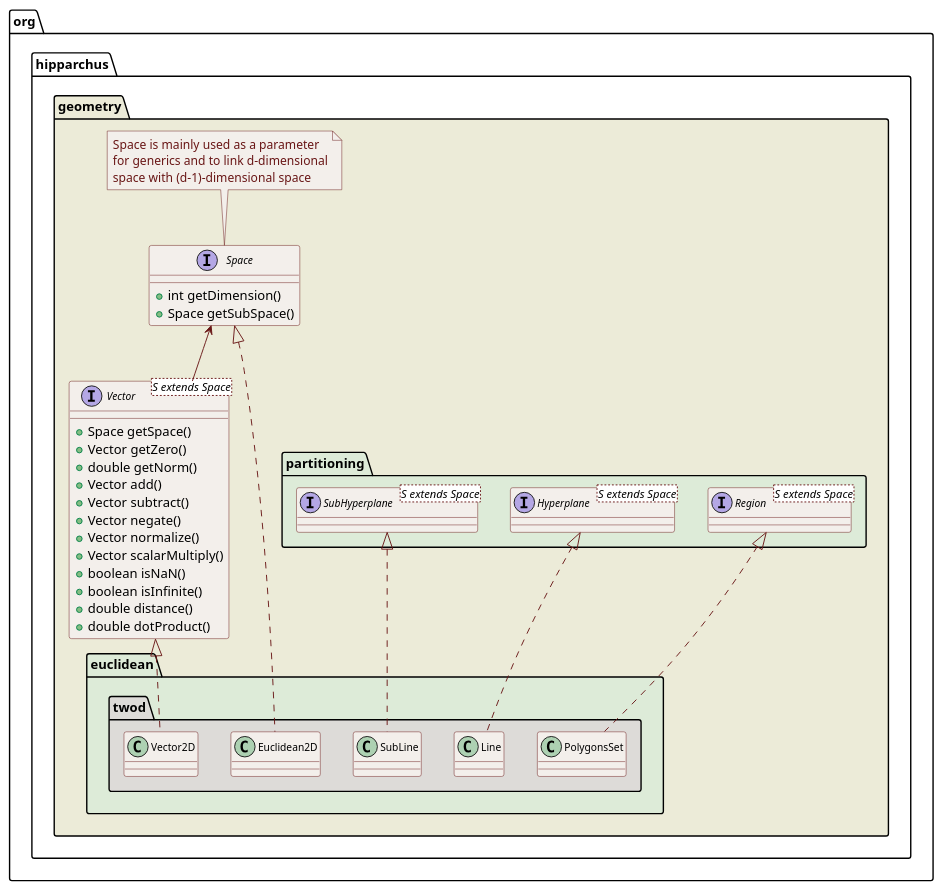
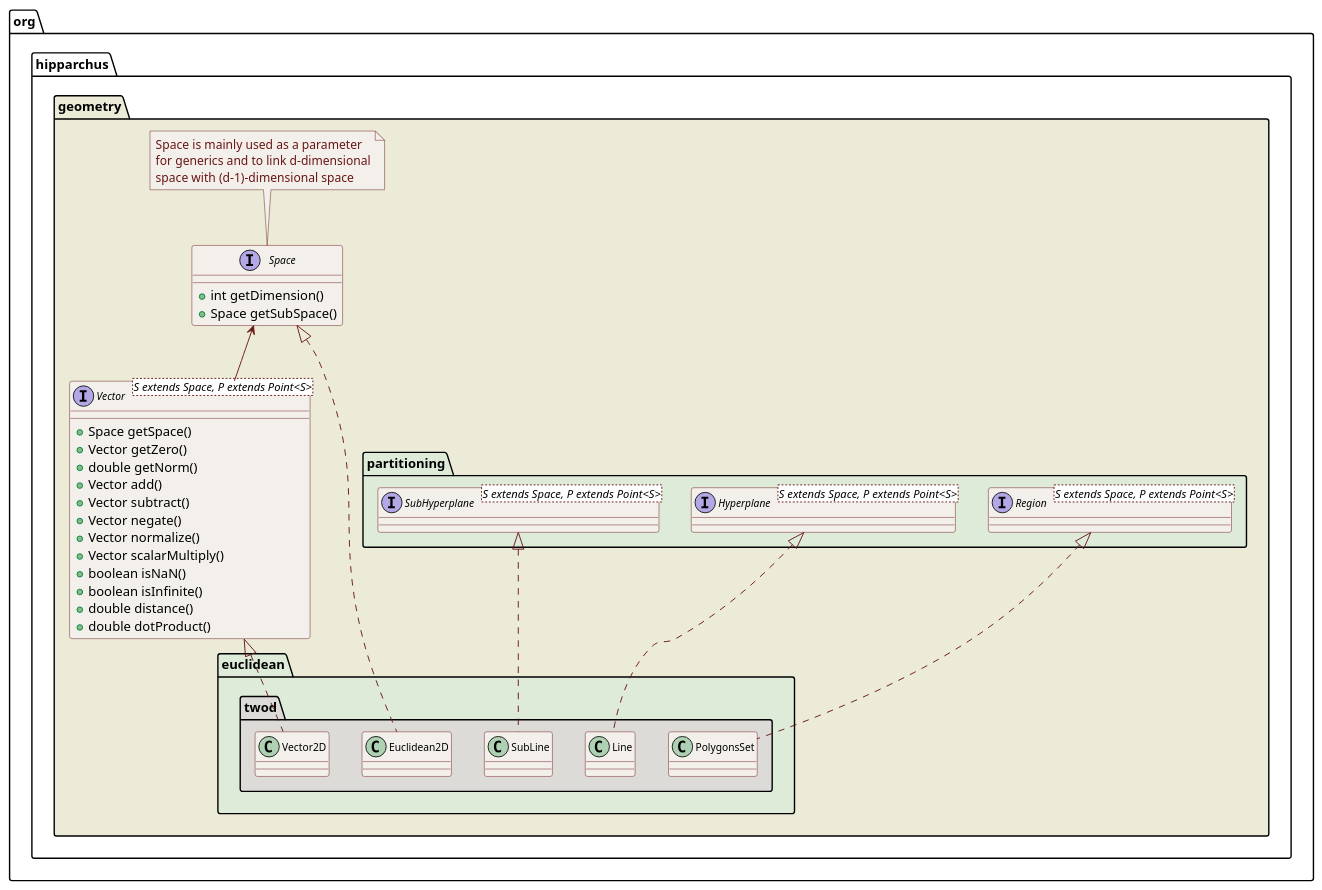
Before and after one commit to Hipparchus-Math/hipparchus: the diagram in hipparchus-geometry/src/site/design/twoD.puml, drawn with PlantUML. The commit also changed 5 other files, not shown here.

```diff
--- a/hipparchus-geometry/src/site/design/twoD.puml
+++ b/hipparchus-geometry/src/site/design/twoD.puml
@@ -16,69 +16,69 @@
 @startuml
 
   skinparam svek                  true
   skinparam ClassBackgroundColor  #F3EFEB
   skinparam ClassArrowColor       #691616
   skinparam ClassBorderColor      #691616
   skinparam NoteBackgroundColor   #F3EFEB
   skinparam NoteBorderColor       #691616
   skinparam NoteFontColor         #691616
   skinparam ClassFontSize         11
 
   package org.hipparchus.geometry #ECEBD8 {
 
     interface Space {
       +int getDimension()
       +Space getSubSpace()
     }
     note top
       Space is mainly used as a parameter
       for generics and to link d-dimensional
       space with (d-1)-dimensional space
     end note
 
-    interface "Vector<S extends Space>" as Vector_S_ {
+    interface "Vector<S extends Space, P extends Point<S>>" as Vector_S_ {
       +Space getSpace()
       +Vector getZero()
       +double getNorm()
       +Vector add()
       +Vector subtract()
       +Vector negate()
       +Vector normalize()
       +Vector scalarMultiply()
       +boolean isNaN()
       +boolean isInfinite()
       +double distance()
       +double dotProduct()
     }
 
     Space <-- Vector_S_
 
     package partitioning #DDEBD8 {
-      interface "Region<S extends Space>" as Region_S_
-      interface "Hyperplane<S extends Space>" as Hyperplane_S_
-      interface "SubHyperplane<S extends Space>" as SubHyperplane_S_
+      interface "Region<S extends Space, P extends Point<S>>" as Region_S_
+      interface "Hyperplane<S extends Space, P extends Point<S>>" as Hyperplane_S_
+      interface "SubHyperplane<S extends Space, P extends Point<S>>" as SubHyperplane_S_
     }
 
     package euclidean #DDEBD8 {
 
       package twod #DDDBD8 {
 
         class Euclidean2D
         class Vector2D
         class Line
         class SubLine
         class PolygonsSet
 
         Space            <|.. Euclidean2D
         Vector_S_        <|.. Vector2D
         Hyperplane_S_    <|.. Line
         SubHyperplane_S_ <|.. SubLine
         Region_S_        <|.. PolygonsSet
 
       }
 
     }
 
   }
 
 @enduml
```
